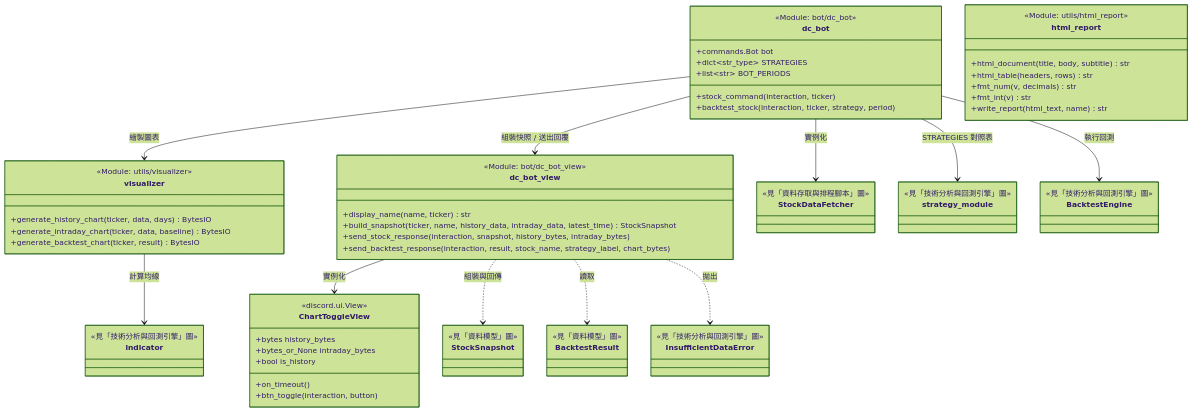
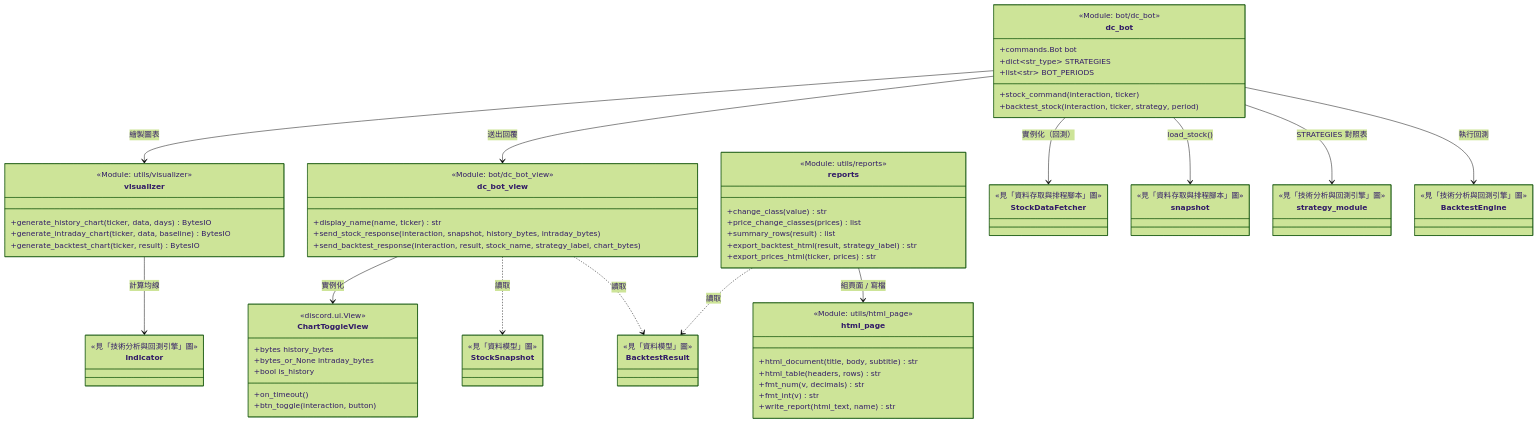
The fourth of 7 diagrams in docs/UML.md (JialaChang/Stock-Bot), drawn with Mermaid (forest theme) before and after one commit. The commit also changed other lines of this file and 46 other files, not shown here.

First line of the commit message:
refactor: share the snapshot flow and move reports out of the engine

````diff
--- a/docs/UML.md
+++ b/docs/UML.md
@@ -298,7 +293,6 @@
     class dc_bot_view {
         <<Module: bot/dc_bot_view>>
         +display_name(name, ticker) str
-        +build_snapshot(ticker, name, history_data, intraday_data, latest_time) StockSnapshot
         +send_stock_response(interaction, snapshot, history_bytes, intraday_bytes)
         +send_backtest_response(interaction, result, stock_name, strategy_label, chart_bytes)
     }
@@ -319,8 +313,8 @@
         +generate_backtest_chart(ticker, result) BytesIO
     }
 
-    class html_report {
-        <<Module: utils/html_report>>
+    class html_page {
+        <<Module: utils/html_page>>
         +html_document(title, body, subtitle) str
         +html_table(headers, rows) str
         +fmt_num(v, decimals) str
@@ -328,7 +322,19 @@
         +write_report(html_text, name) str
     }
 
+    class reports {
+        <<Module: utils/reports>>
+        +change_class(value) str
+        +price_change_classes(prices) list
+        +summary_rows(result) list
+        +export_backtest_html(result, strategy_label) str
+        +export_prices_html(ticker, prices) str
+    }
+
     class StockDataFetcher {
+        <<見「資料存取與排程腳本」圖>>
+    }
+    class snapshot {
         <<見「資料存取與排程腳本」圖>>
     }
     class strategy_module {
@@ -340,9 +346,6 @@
     class BacktestEngine {
         <<見「技術分析與回測引擎」圖>>
     }
-    class InsufficientDataError {
-        <<見「技術分析與回測引擎」圖>>
-    }
     class StockSnapshot {
         <<見「資料模型」圖>>
     }
@@ -350,14 +353,16 @@
         <<見「資料模型」圖>>
     }
 
-    dc_bot --> StockDataFetcher : 實例化
+    dc_bot --> StockDataFetcher : 實例化（回測）
+    dc_bot --> snapshot : load_stock()
     dc_bot --> visualizer : 繪製圖表
     visualizer --> indicator : 計算均線
-    dc_bot --> dc_bot_view : 組裝快照 / 送出回覆
+    dc_bot --> dc_bot_view : 送出回覆
     dc_bot --> BacktestEngine : 執行回測
     dc_bot --> strategy_module : STRATEGIES 對照表
     dc_bot_view --> ChartToggleView : 實例化
-    dc_bot_view ..> StockSnapshot : 組裝與回傳
+    dc_bot_view ..> StockSnapshot : 讀取
     dc_bot_view ..> BacktestResult : 讀取
-    dc_bot_view ..> InsufficientDataError : 拋出
+    reports --> html_page : 組頁面 / 寫檔
+    reports ..> BacktestResult : 讀取
 ```
````
